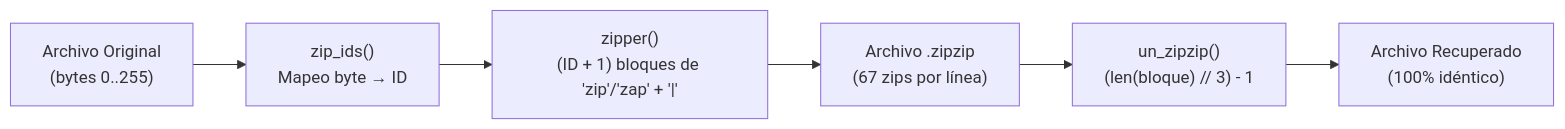
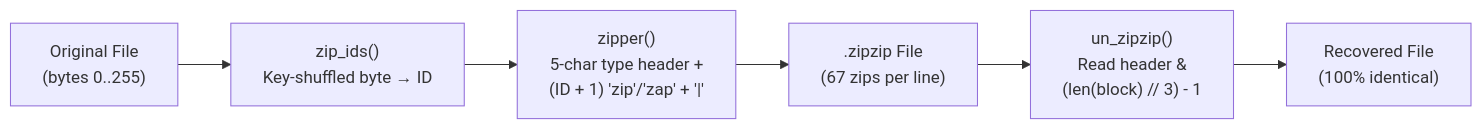
Before and after one commit to Bimbot-afk/zipzip-storage: the diagram in README.md, drawn with Mermaid. The commit also changed other lines of this file and 1 other file, not shown here.

````diff
--- a/README.md
+++ b/README.md
@@ -28,8 +40,8 @@
 ```mermaid
 flowchart LR
-    A[" Archivo Original\n(bytes 0..255)"] --> B[" zip_ids()\nMapeo byte → ID"]
-    B --> C[" zipper()\n(ID + 1) bloques de 'zip'/'zap' + '|'"]
-    C --> D[" Archivo .zipzip\n(67 zips por línea)"]
-    D --> E[" un_zipzip()\n(len(bloque) // 3) - 1"]
-    E --> F[" Archivo Recuperado\n(100% idéntico)"]
+    A["Original File\n(bytes 0..255)"] --> B["zip_ids()\nKey-shuffled byte → ID"]
+    B --> C["zipper()\n5-char type header +\n(ID + 1) 'zip'/'zap' + '|'"]
+    C --> D[".zipzip File\n(67 zips per line)"]
+    D --> E["un_zipzip()\nRead header &\n(len(block) // 3) - 1"]
+    E --> F["Recovered File\n(100% identical)"]
 ```
````
